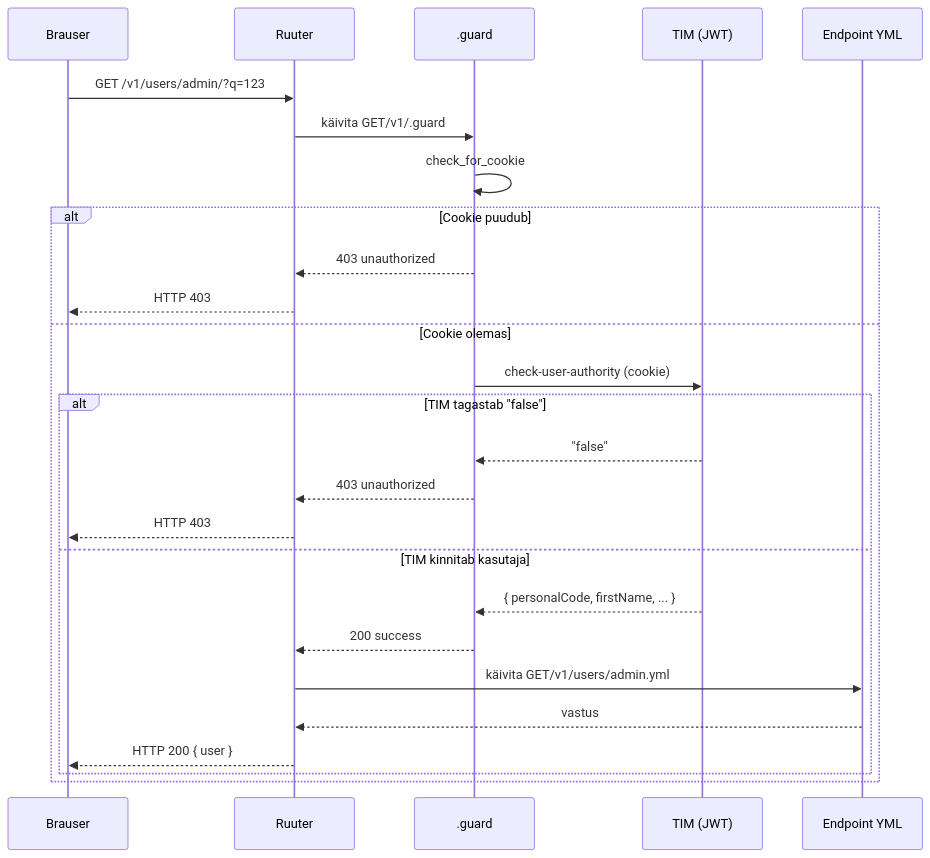
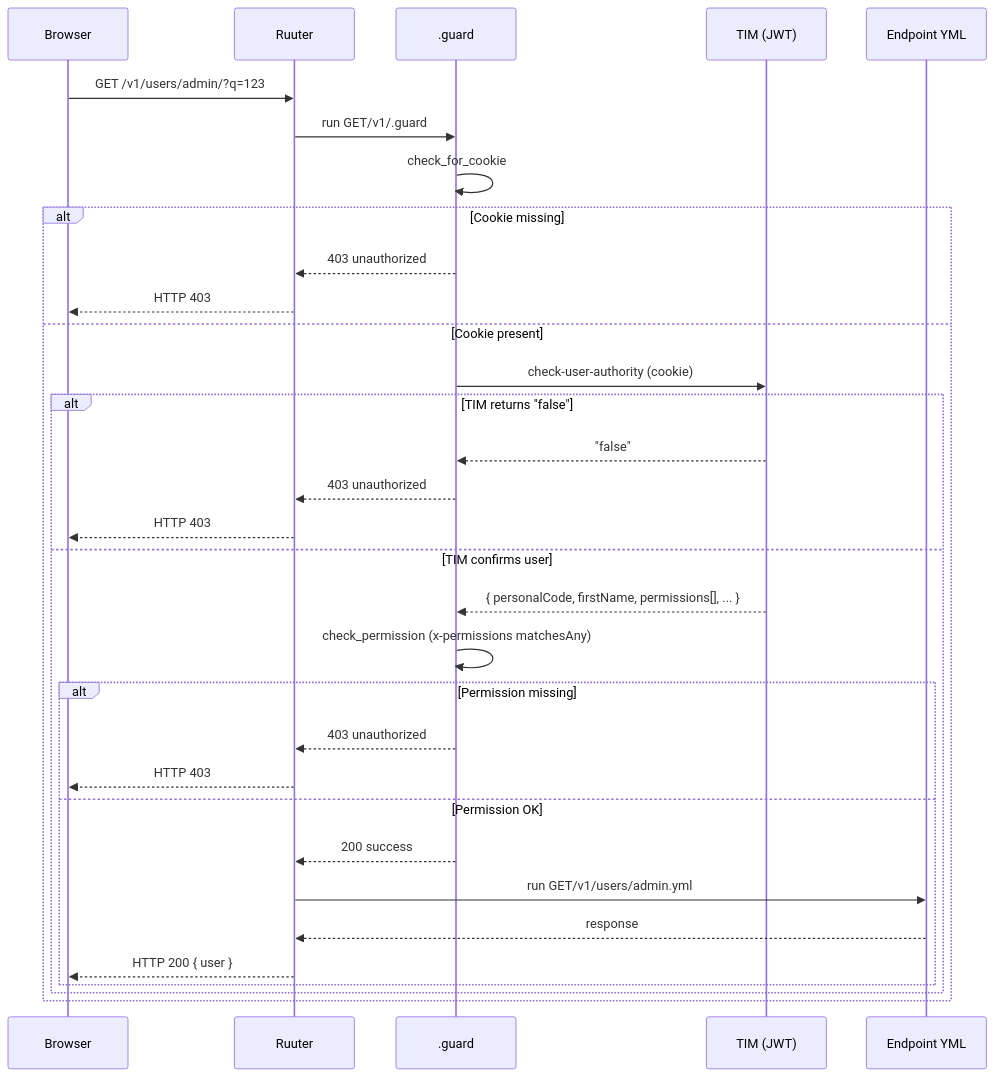
One commit to kemit-ee/ljvis-2 changed the second of 2 diagrams in docs/rest-api-design-guide.md. Above: the diagram before and after it, drawn with Mermaid. The commit also changed other lines of this file and 3 other files, not shown here.

First line of the commit message:
docs: architectural decisions (auth, idempotency, concurrency, tracing, hash chain)

````diff
--- a/docs/rest-api-design-guide.md
+++ b/docs/rest-api-design-guide.md
@@ -250,29 +365,35 @@
 ```mermaid
 sequenceDiagram
-    participant B as Brauser
+    participant B as Browser
     participant R as Ruuter
     participant G as .guard
     participant T as TIM (JWT)
     participant E as Endpoint YML
 
     B->>R: GET /v1/users/admin/?q=123
-    R->>G: käivita GET/v1/.guard
+    R->>G: run GET/v1/.guard
     G->>G: check_for_cookie
-    alt Cookie puudub
+    alt Cookie missing
         G-->>R: 403 unauthorized
         R-->>B: HTTP 403
-    else Cookie olemas
+    else Cookie present
         G->>T: check-user-authority (cookie)
-        alt TIM tagastab "false"
+        alt TIM returns "false"
             T-->>G: "false"
             G-->>R: 403 unauthorized
             R-->>B: HTTP 403
-        else TIM kinnitab kasutaja
-            T-->>G: { personalCode, firstName, ... }
-            G-->>R: 200 success
-            R->>E: käivita GET/v1/users/admin.yml
-            E-->>R: vastus
-            R-->>B: HTTP 200 { user }
+        else TIM confirms user
+            T-->>G: { personalCode, firstName, permissions[], ... }
+            G->>G: check_permission (x-permissions matchesAny)
+            alt Permission missing
+                G-->>R: 403 unauthorized
+                R-->>B: HTTP 403
+            else Permission OK
+                G-->>R: 200 success
+                R->>E: run GET/v1/users/admin.yml
+                E-->>R: response
+                R-->>B: HTTP 200 { user }
+            end
         end
     end
 ```
````
